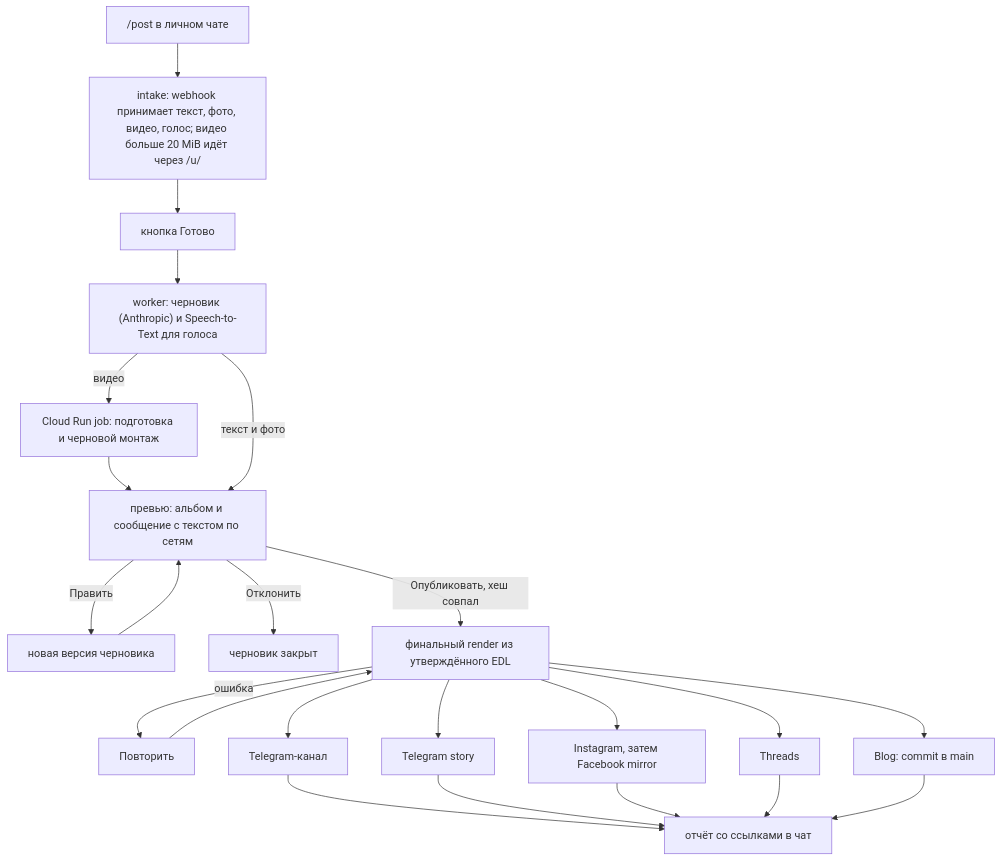
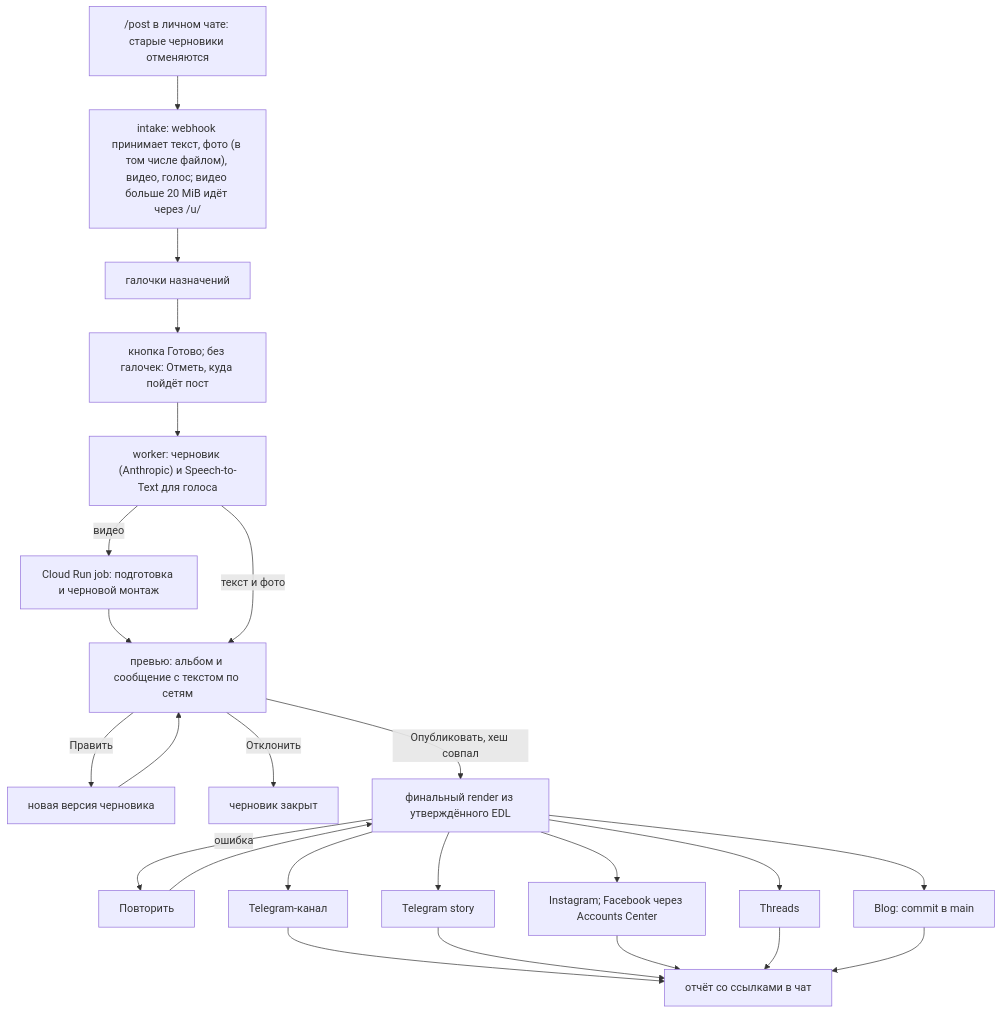
The third of 3 diagrams in autopost/docs/autopost.md (romacv/romacv), drawn with Mermaid before and after one commit. The commit also changed other lines of this file and 4 other files, not shown here.

````diff
--- a/autopost/docs/autopost.md
+++ b/autopost/docs/autopost.md
@@ -114,25 +114,26 @@
 ```mermaid
 flowchart TD
-    cmd["/post в личном чате"] --> intake["intake: webhook принимает текст, фото, видео, голос; видео больше 20 MiB идёт через /u/"]
-    intake --> done["кнопка Готово"]
+    cmd["/post в личном чате: старые черновики отменяются"] --> intake["intake: webhook принимает текст, фото (в том числе файлом), видео, голос; видео больше 20 MiB идёт через /u/"]
+    intake --> boxes["галочки назначений"]
+    boxes --> done["кнопка Готово; без галочек: Отметь, куда пойдёт пост"]
     done --> agent["worker: черновик (Anthropic) и Speech-to-Text для голоса"]
     agent -->|видео| prep["Cloud Run job: подготовка и черновой монтаж"]
     prep --> preview
     agent -->|текст и фото| preview["превью: альбом и сообщение с текстом по сетям"]
     preview -->|Править| edit["новая версия черновика"]
     edit --> preview
     preview -->|Отклонить| closed["черновик закрыт"]
     preview -->|Опубликовать, хеш совпал| final["финальный render из утверждённого EDL"]
     final -->|ошибка| retry["Повторить"]
     retry --> final
     final --> tgc["Telegram-канал"]
     final --> tgs["Telegram story"]
-    final --> ig["Instagram, затем Facebook mirror"]
+    final --> ig["Instagram; Facebook через Accounts Center"]
     final --> th["Threads"]
     final --> blog["Blog: commit в main"]
     tgc --> report["отчёт со ссылками в чат"]
     tgs --> report
     ig --> report
     th --> report
     blog --> report
 ```
````
